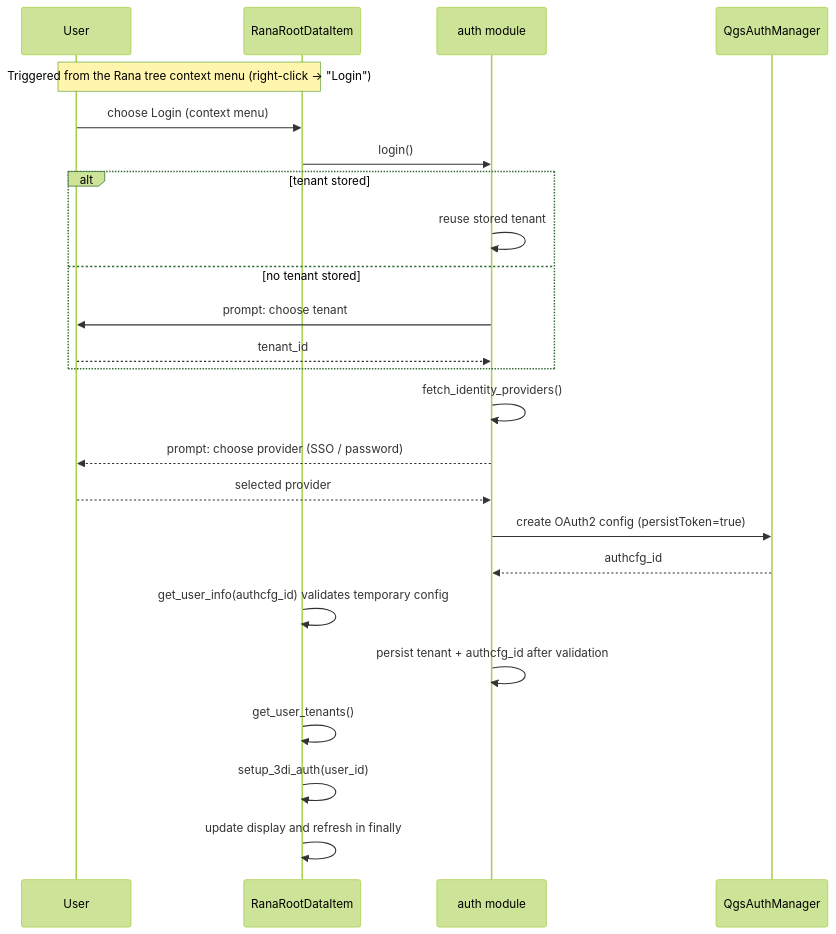
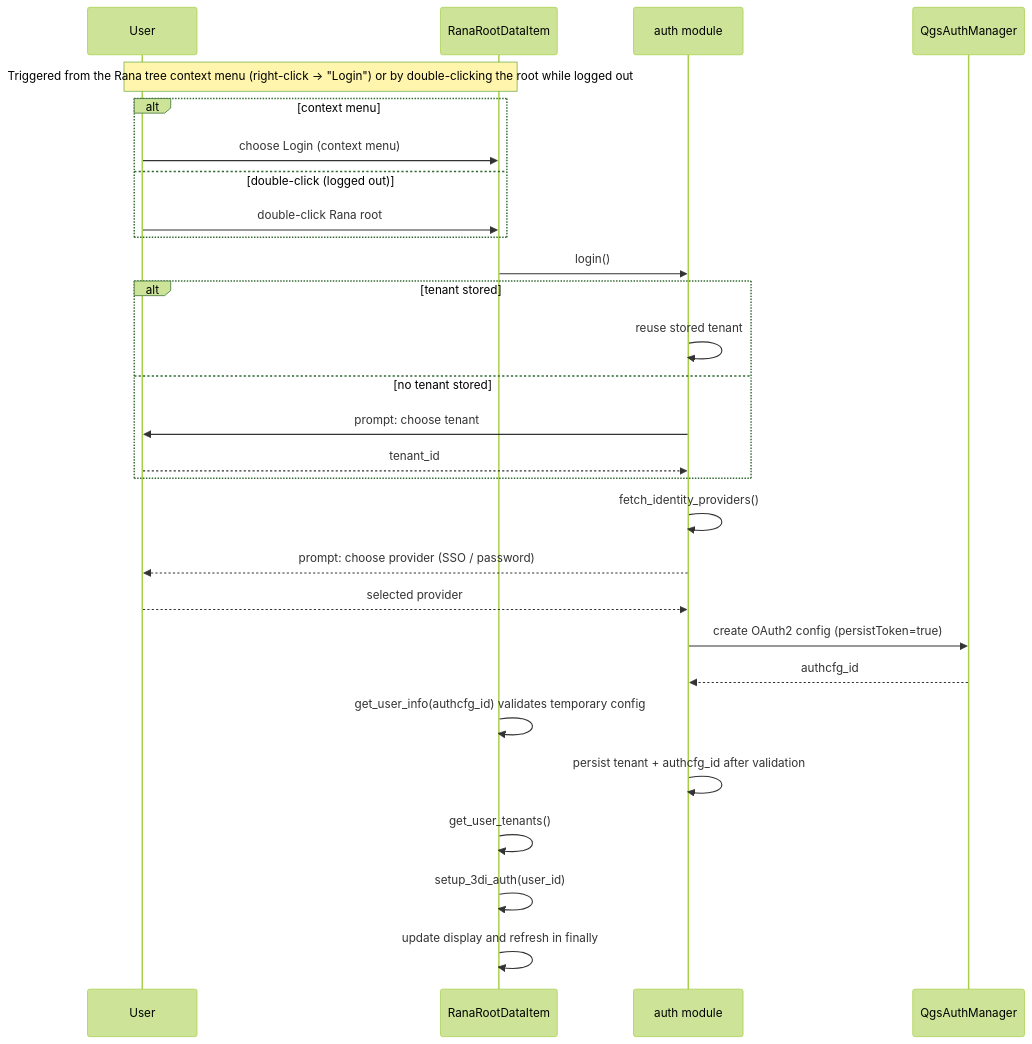
One commit to nens/rana-qgis-plugin changed the first of 3 diagrams in doc/auth_flow.md. Above: the diagram before and after it, drawn with Mermaid (forest theme). The commit also changed other lines of this file and 2 other files, not shown here.

Commit message:
Log in on double click on rana item

````diff
--- a/doc/auth_flow.md
+++ b/doc/auth_flow.md
@@ -16,27 +18,31 @@
 ```mermaid
 sequenceDiagram
     participant User
     participant Browser as RanaRootDataItem
     participant Auth as auth module
     participant AuthMgr as QgsAuthManager
 
-    Note over User,Browser: Triggered from the Rana tree context menu (right-click -> "Login")
-    User->>Browser: choose Login (context menu)
+    Note over User,Browser: Triggered from the Rana tree context menu (right-click -> "Login") or by double-clicking the root while logged out
+    alt context menu
+        User->>Browser: choose Login (context menu)
+    else double-click (logged out)
+        User->>Browser: double-click Rana root
+    end
     Browser->>Auth: login()
     alt tenant stored
         Auth->>Auth: reuse stored tenant
     else no tenant stored
         Auth->>User: prompt: choose tenant
         User-->>Auth: tenant_id
     end
     Auth->>Auth: fetch_identity_providers()
     Auth-->>User: prompt: choose provider (SSO / password)
     User-->>Auth: selected provider
     Auth->>AuthMgr: create OAuth2 config (persistToken=true)
     AuthMgr-->>Auth: authcfg_id
     Browser->>Browser: get_user_info(authcfg_id) validates temporary config
     Auth->>Auth: persist tenant + authcfg_id after validation
     Browser->>Browser: get_user_tenants()
     Browser->>Browser: setup_3di_auth(user_id)
     Browser->>Browser: update display and refresh in finally
 ```
````
